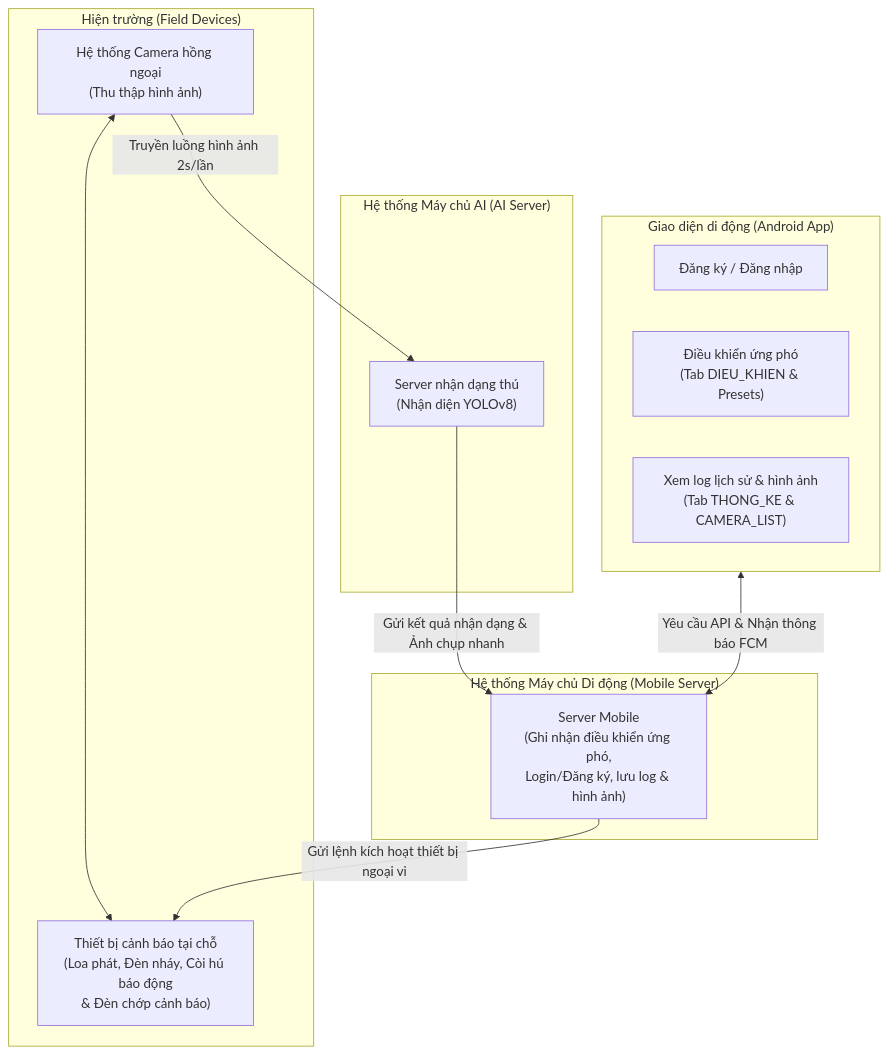
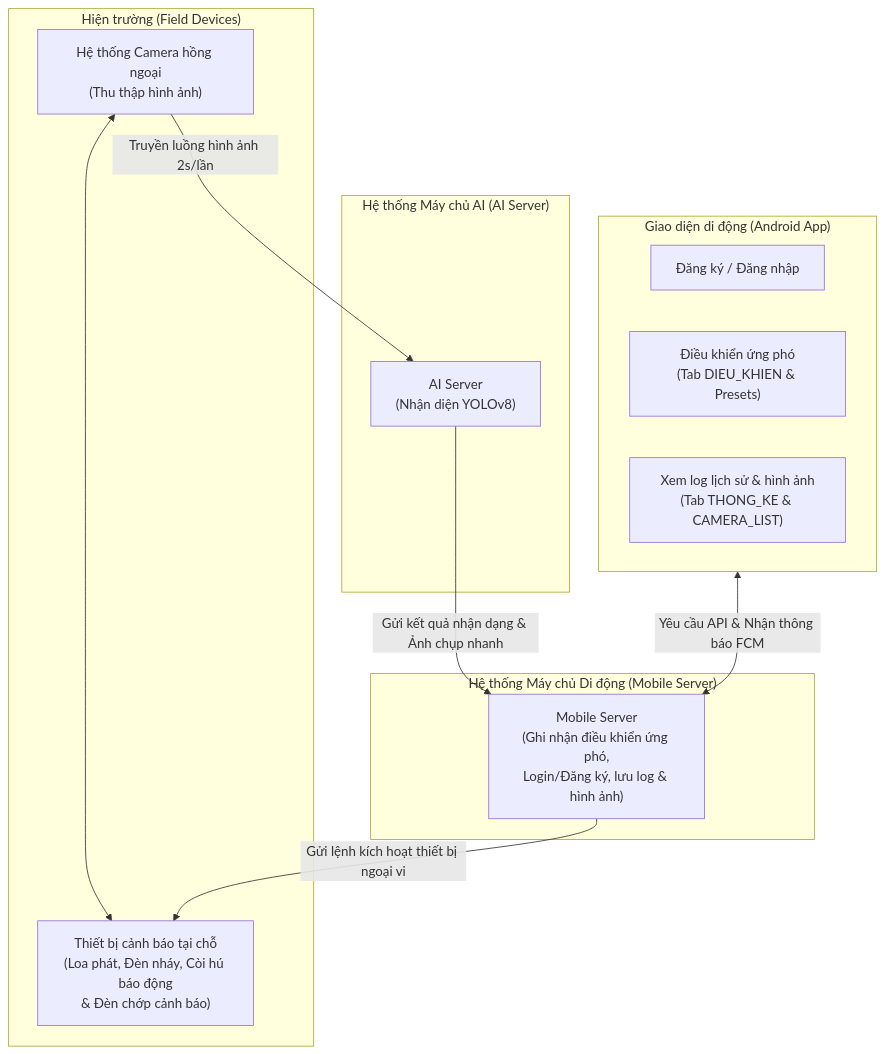
Before and after one commit to trungnguyenthien/Wildlife-Warning-and-Deterrence-System: the first of 3 diagrams in docs/01-de-tai-nghien-cuu-canh-bao-dong-vat.md, drawn with Mermaid. The commit also changed other lines of this file and 3 other files, not shown here.

Commit message:
docs: update system documentation, sequence diagrams, and research topic overview

````diff
--- a/docs/01-de-tai-nghien-cuu-canh-bao-dong-vat.md
+++ b/docs/01-de-tai-nghien-cuu-canh-bao-dong-vat.md
@@ -80,28 +80,28 @@
 ```mermaid
 flowchart TB
     subgraph Fields["Hiện trường (Field Devices)"]
         Cam["Hệ thống Camera hồng ngoại\n(Thu thập hình ảnh)"]
         WarningDevices["Thiết bị cảnh báo tại chỗ\n(Loa phát, Đèn nháy, Còi hú báo động\n& Đèn chớp cảnh báo)"]
         Cam <--> WarningDevices
     end
 
     subgraph AIServerBox["Hệ thống Máy chủ AI (AI Server)"]
-        AIServer["Server nhận dạng thú\n(Nhận diện YOLOv8)"]
+        AIServer["AI Server\n(Nhận diện YOLOv8)"]
     end
 
     subgraph MobileServerBox["Hệ thống Máy chủ Di động (Mobile Server)"]
-        MobileServer["Server Mobile\n(Ghi nhận điều khiển ứng phó,\nLogin/Đăng ký, lưu log & hình ảnh)"]
+        MobileServer["Mobile Server\n(Ghi nhận điều khiển ứng phó,\nLogin/Đăng ký, lưu log & hình ảnh)"]
     end
 
     subgraph Android["Giao diện di động (Android App)"]
         AppLogin["Đăng ký / Đăng nhập"]
         AppControl["Điều khiển ứng phó\n(Tab DIEU_KHIEN & Presets)"]
         AppLog["Xem log lịch sử & hình ảnh\n(Tab THONG_KE & CAMERA_LIST)"]
     end
 
     Cam -->|Truyền luồng hình ảnh 2s/lần| AIServer
     AIServer -->|Gửi kết quả nhận dạng & Ảnh chụp nhanh| MobileServer
     MobileServer -->|Gửi lệnh kích hoạt thiết bị ngoại vi| WarningDevices
 
     Android <-->|Yêu cầu API & Nhận thông báo FCM| MobileServer
 ```
````
